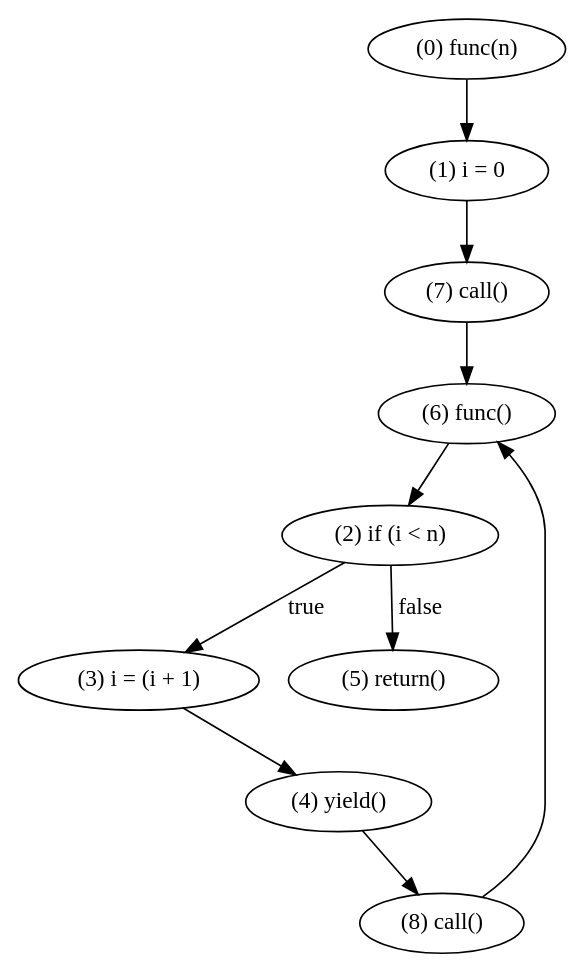
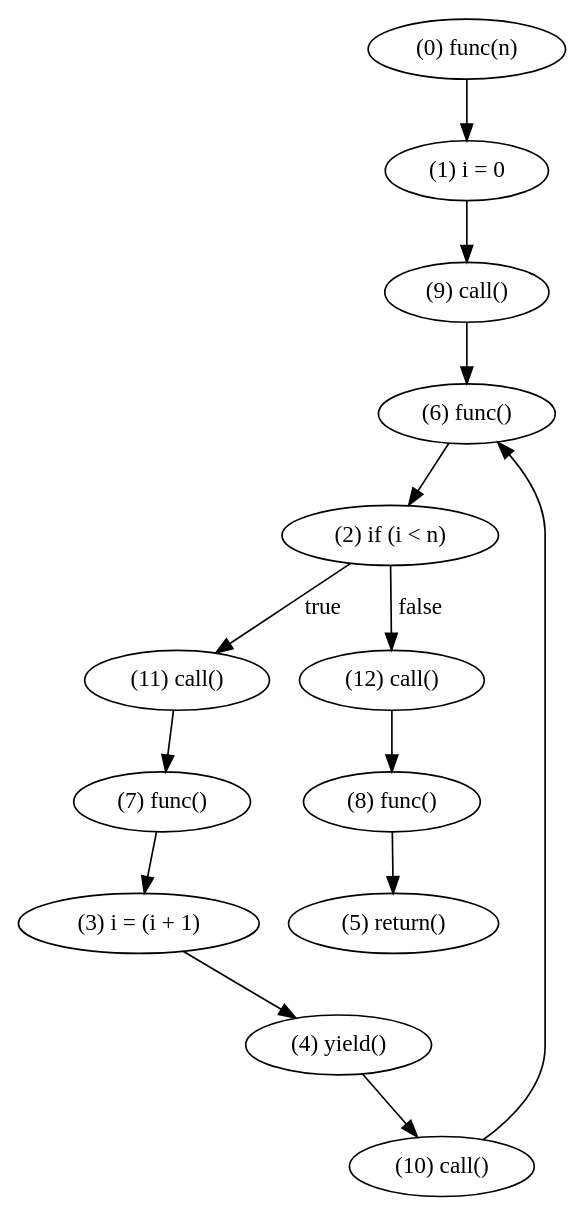
One commit to WorldofKerry/ToHDL changed the diagram in crates/passes/insert_call.dot. Above: the diagram before and after it, drawn with Graphviz. The commit also changed 5 other files, not shown here.

```diff
--- a/crates/passes/insert_call.dot
+++ b/crates/passes/insert_call.dot
@@ -1,20 +1,28 @@
 digraph {
     0 [ label = "(0) func(n)" ]
     1 [ label = "(1) i = 0" ]
     2 [ label = "(2) if (i < n)" ]
     3 [ label = "(3) i = (i + 1)" ]
     4 [ label = "(4) yield()" ]
     5 [ label = "(5) return()" ]
     6 [ label = "(6) func()" ]
-    7 [ label = "(7) call()" ]
-    8 [ label = "(8) call()" ]
+    7 [ label = "(7) func()" ]
+    8 [ label = "(8) func()" ]
+    9 [ label = "(9) call()" ]
+    10 [ label = "(10) call()" ]
+    11 [ label = "(11) call()" ]
+    12 [ label = "(12) call()" ]
     0 -> 1 [ label = "" ]
-    1 -> 7 [ label = "" ]
-    2 -> 5 [ label = "false" ]
-    2 -> 3 [ label = "true" ]
+    1 -> 9 [ label = "" ]
+    2 -> 12 [ label = "false" ]
+    2 -> 11 [ label = "true" ]
     3 -> 4 [ label = "" ]
-    4 -> 8 [ label = "" ]
+    4 -> 10 [ label = "" ]
     6 -> 2 [ label = "" ]
-    7 -> 6 [ label = "" ]
-    8 -> 6 [ label = "" ]
+    7 -> 3 [ label = "" ]
+    8 -> 5 [ label = "" ]
+    9 -> 6 [ label = "" ]
+    10 -> 6 [ label = "" ]
+    11 -> 7 [ label = "" ]
+    12 -> 8 [ label = "" ]
 }
```
